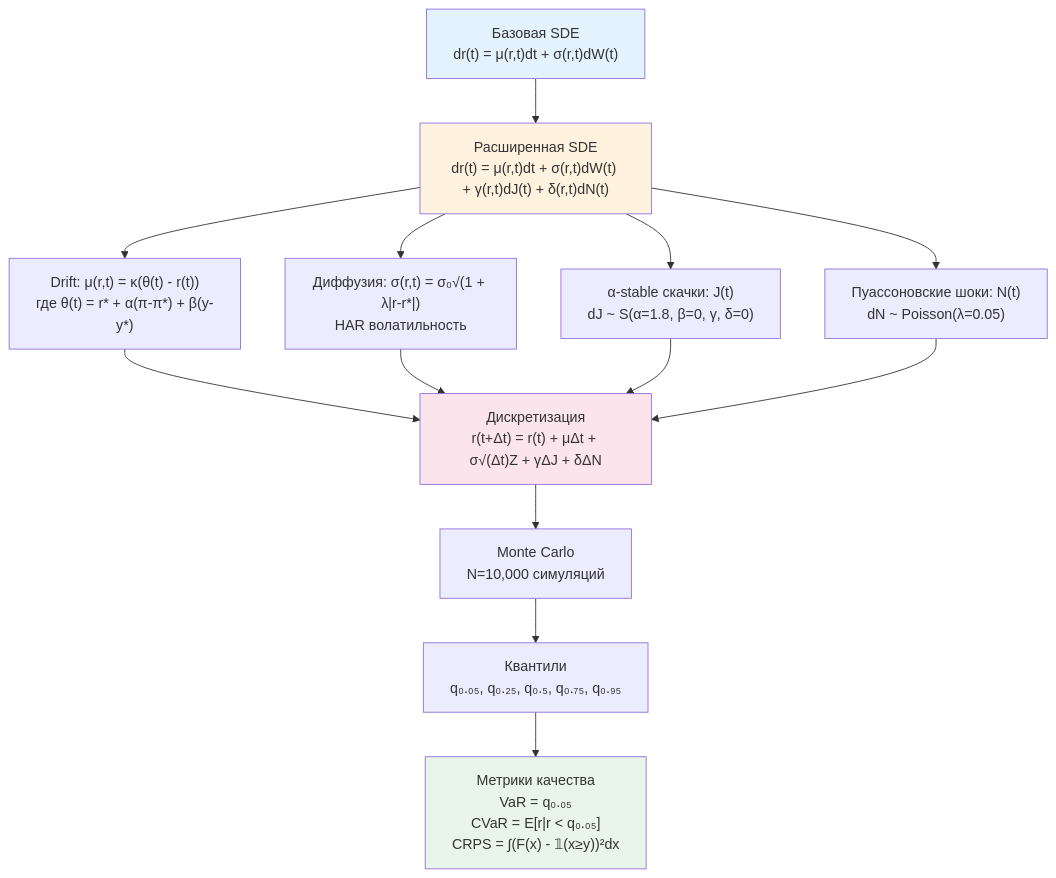
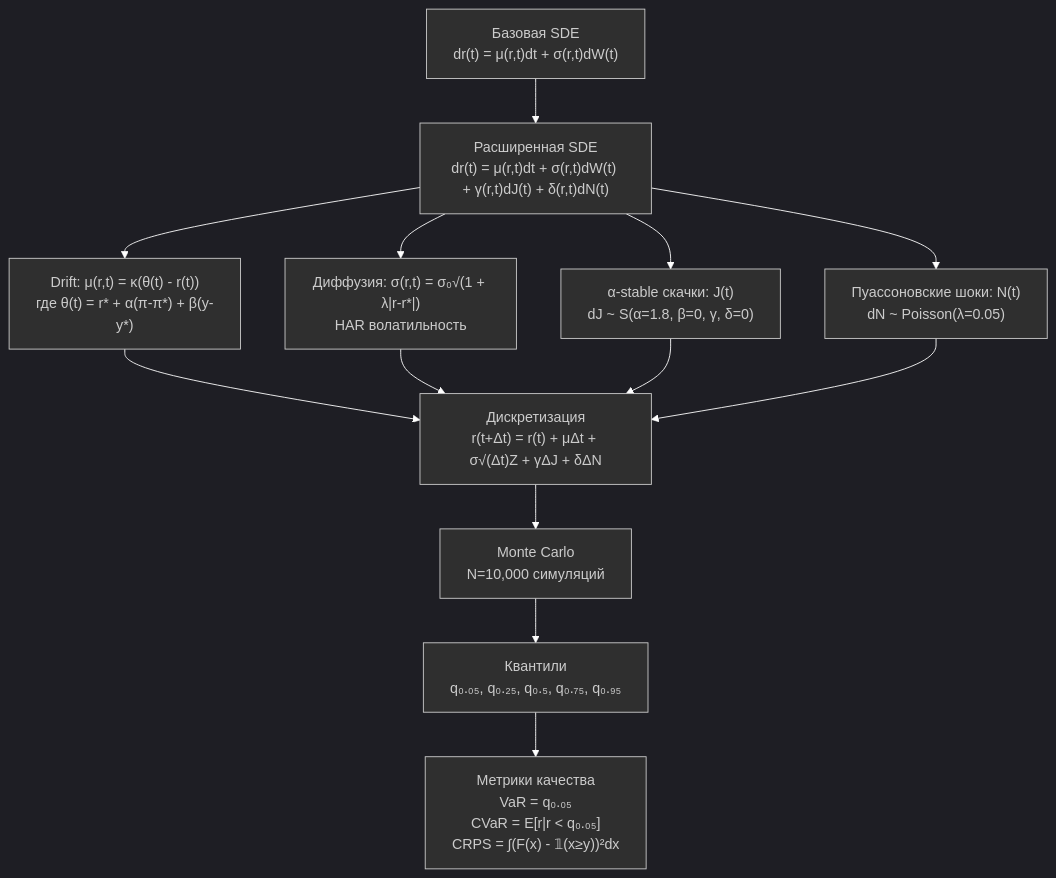
One commit to nikserbur/CBModelsStohastic changed the second of 4 diagrams in README.md. Above: the diagram before and after it, drawn with Mermaid. The commit also changed other lines of this file, not shown here.

Commit message:
update diagramm

````diff
--- a/README.md
+++ b/README.md
@@ -72,24 +78,20 @@
 ```mermaid
+%%{init: {'theme':'dark', 'themeVariables': {'primaryColor': '#ff7f00', 'primaryTextColor': '#ffffff', 'primaryBorderColor': '#ff7f00', 'lineColor': '#ffffff', 'secondaryColor': '#1f1f1f', 'tertiaryColor': '#2f2f2f', 'background': '#1f1f1f', 'mainBkg': '#2f2f2f', 'secondBkg': '#3f3f3f', 'tertiaryBkg': '#4f4f4f'}}}%%
 graph TD
     A["Базовая SDE<br/>dr(t) = μ(r,t)dt + σ(r,t)dW(t)"] --> B["Расширенная SDE<br/>dr(t) = μ(r,t)dt + σ(r,t)dW(t) + γ(r,t)dJ(t) + δ(r,t)dN(t)"]
     
     B --> C["Drift: μ(r,t) = κ(θ(t) - r(t))<br/>где θ(t) = r* + α(π-π*) + β(y-y*)"]
     B --> D["Диффузия: σ(r,t) = σ₀√(1 + λ|r-r*|)<br/>HAR волатильность"]
     B --> E["α-stable скачки: J(t)<br/>dJ ~ S(α=1.8, β=0, γ, δ=0)"]
     B --> F["Пуассоновские шоки: N(t)<br/>dN ~ Poisson(λ=0.05)"]
     
     C --> G["Дискретизация<br/>r(t+Δt) = r(t) + μΔt + σ√(Δt)Z + γΔJ + δΔN"]
     D --> G
     E --> G
     F --> G
     
     G --> H["Monte Carlo<br/>N=10,000 симуляций"]
     H --> I["Квантили<br/>q₀.₀₅, q₀.₂₅, q₀.₅, q₀.₇₅, q₀.₉₅"]
     
     I --> J["Метрики качества<br/>VaR = q₀.₀₅<br/>CVaR = E[r|r < q₀.₀₅]<br/>CRPS = ∫(F(x) - 𝟙(x≥y))²dx"]
-    
-    style A fill:#e3f2fd
-    style B fill:#fff3e0
-    style G fill:#fce4ec
-    style J fill:#e8f5e8
 ```
````
